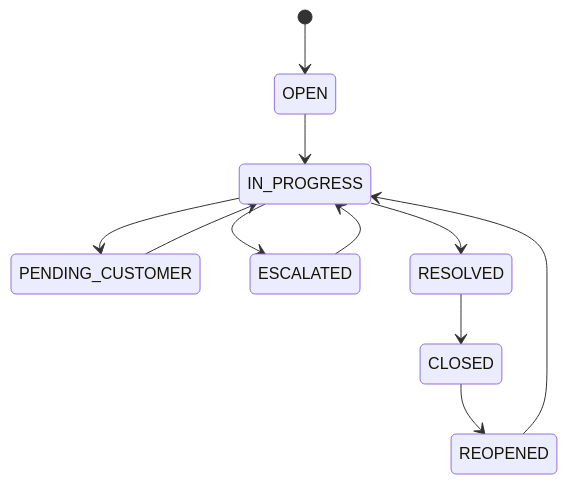
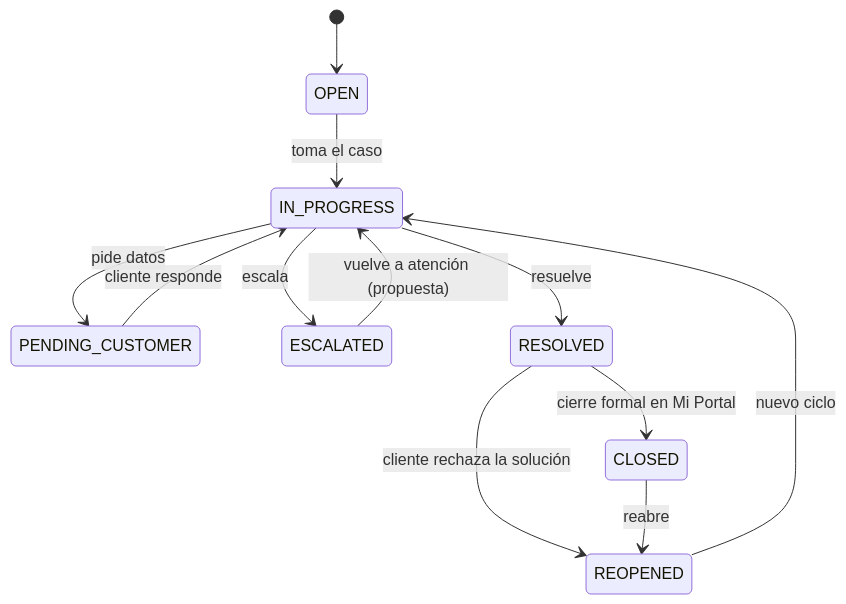
One commit to michel-poma-huachihuaco/tyc-mockup changed the first of 2 diagrams in docs/datos/estados.md. Above: the diagram before and after it, drawn with Mermaid. The commit also changed other lines of this file and 253 other files, not shown here.

````diff
--- a/docs/datos/estados.md
+++ b/docs/datos/estados.md
@@ -23,13 +19,14 @@
 ```mermaid
 stateDiagram-v2
-    [*] --> OPEN
-    OPEN --> IN_PROGRESS
-    IN_PROGRESS --> PENDING_CUSTOMER
-    PENDING_CUSTOMER --> IN_PROGRESS
-    IN_PROGRESS --> ESCALATED
-    ESCALATED --> IN_PROGRESS
-    IN_PROGRESS --> RESOLVED
-    RESOLVED --> CLOSED
-    CLOSED --> REOPENED
-    REOPENED --> IN_PROGRESS
+  [*] --> OPEN
+  OPEN --> IN_PROGRESS : toma el caso
+  IN_PROGRESS --> PENDING_CUSTOMER : pide datos
+  PENDING_CUSTOMER --> IN_PROGRESS : cliente responde
+  IN_PROGRESS --> ESCALATED : escala
+  ESCALATED --> IN_PROGRESS : vuelve a atención (propuesta)
+  IN_PROGRESS --> RESOLVED : resuelve
+  RESOLVED --> CLOSED : cierre formal en Mi Portal
+  RESOLVED --> REOPENED : cliente rechaza la solución
+  CLOSED --> REOPENED : reabre
+  REOPENED --> IN_PROGRESS : nuevo ciclo
 ```
````
